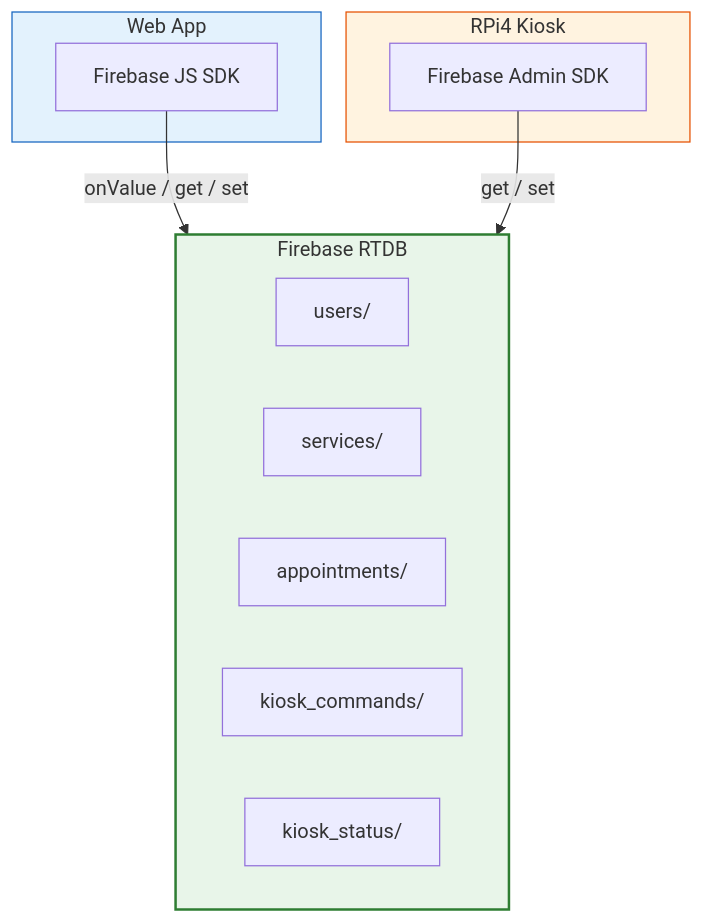
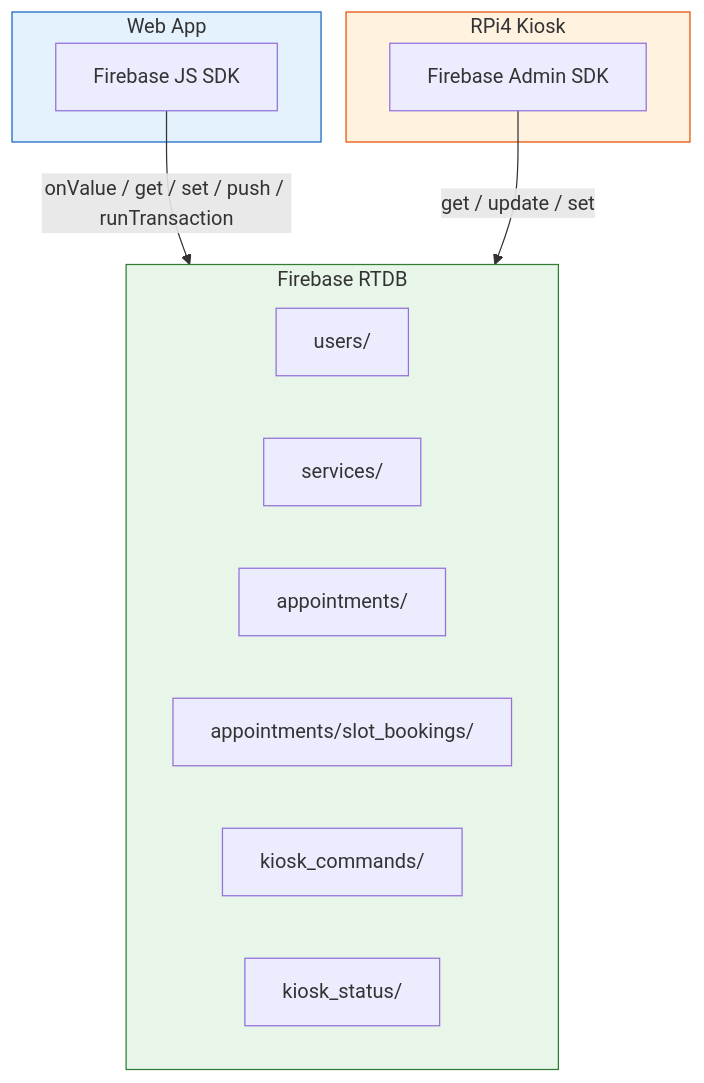
The second of 3 diagrams in docs/api/api-spec.md (qppd/smart-appointment-scheduling-kiosk), drawn with Mermaid before and after one commit. The commit also changed other lines of this file and 62 other files, not shown here.

````diff
--- a/docs/api/api-spec.md
+++ b/docs/api/api-spec.md
@@ -94,25 +88,24 @@
 ```mermaid
 graph TD
     subgraph Web["Web App"]
         W["Firebase JS SDK"]
     end
-
     subgraph Kiosk["RPi4 Kiosk"]
         R["Firebase Admin SDK"]
     end
-
     subgraph DB["Firebase RTDB"]
         U["users/"]
         S["services/"]
         A["appointments/"]
+        SB["appointments/slot_bookings/"]
         KC["kiosk_commands/"]
         KS["kiosk_status/"]
     end
 
-    W -->|onValue / get / set| DB
-    R -->|get / set| DB
+    W -->|onValue / get / set / push / runTransaction| DB
+    R -->|get / update / set| DB
 
     style Web fill:#e3f2fd,stroke:#1565c0
     style Kiosk fill:#fff3e0,stroke:#e65100
-    style DB fill:#e8f5e9,stroke:#2e7d32,stroke-width:2px
+    style DB fill:#e8f5e9,stroke:#2e7d32
 ```
````
